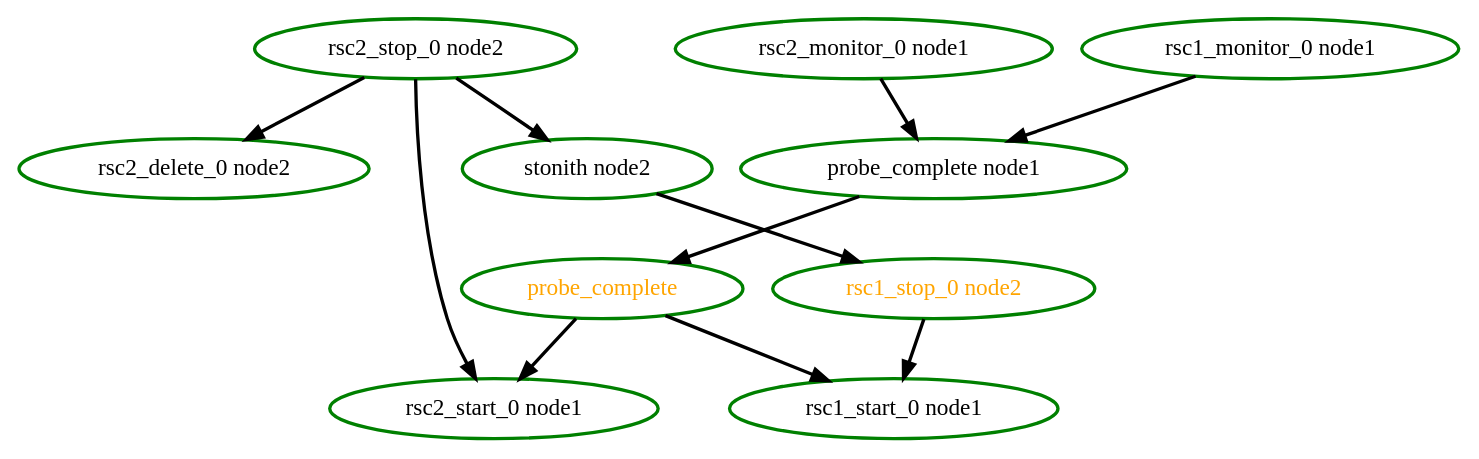
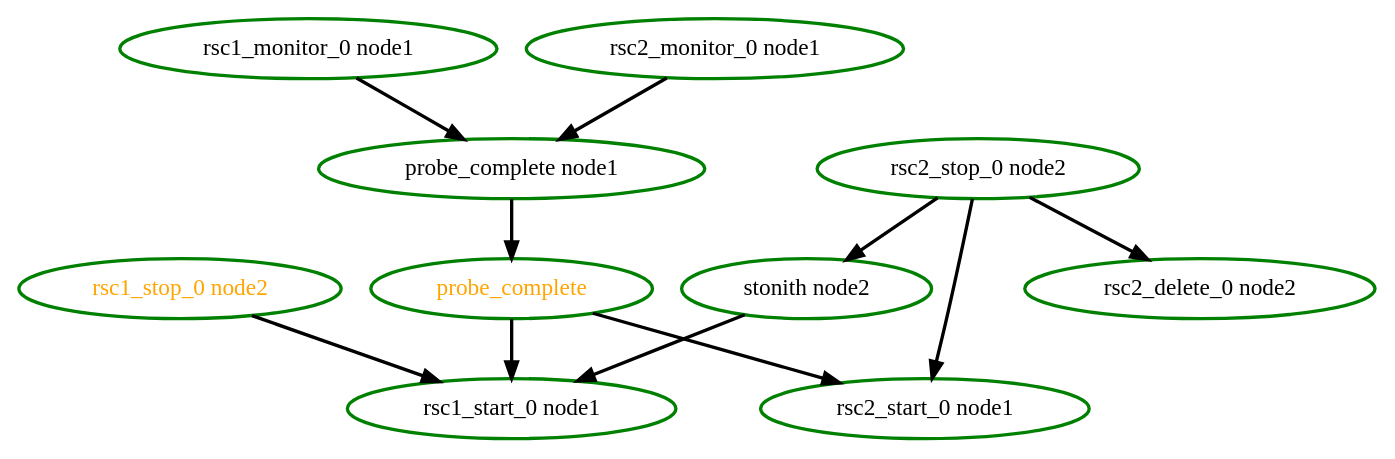
The diagram in crm/pengine/testcases/rec-rsc-5.dot (richiewen8/heartbeat), drawn with Graphviz before and after one commit. The commit also changed 20 other files, not shown here.

First line of the commit message:
Fix the ordering of stonith actions for Peter Kruse - stopping partially failed groups before the stonith was creating a loop   in the TE graph Avoid some unnecessary stop actions that made resources look active when   they weren't

```diff
--- a/crm/pengine/testcases/rec-rsc-5.dot
+++ b/crm/pengine/testcases/rec-rsc-5.dot
@@ -1,23 +1,23 @@
 digraph "g" {
 	size = "30,30"
 "rsc1_stop_0 node2" [ style=bold color="green" fontcolor="orange" ]
 "probe_complete" [ style=bold color="green" fontcolor="orange" ]
 "probe_complete node1" [ style=bold color="green" fontcolor="black" ]
 "rsc1_monitor_0 node1" [ style=bold color="green" fontcolor="black" ]
 "rsc2_monitor_0 node1" [ style=bold color="green" fontcolor="black" ]
 "rsc1_start_0 node1" [ style=bold color="green" fontcolor="black" ]
 "rsc2_stop_0 node2" [ style=bold color="green" fontcolor="black" ]
 "rsc2_start_0 node1" [ style=bold color="green" fontcolor="black" ]
 "rsc2_delete_0 node2" [ style=bold color="green" fontcolor="black" ]
 "stonith node2" [ style=bold color="green" fontcolor="black" ]
-"stonith node2" -> "rsc1_stop_0 node2" [ style = bold]
 "probe_complete node1" -> "probe_complete" [ style = bold]
 "rsc1_monitor_0 node1" -> "probe_complete node1" [ style = bold]
 "rsc2_monitor_0 node1" -> "probe_complete node1" [ style = bold]
 "rsc1_stop_0 node2" -> "rsc1_start_0 node1" [ style = bold]
 "probe_complete" -> "rsc1_start_0 node1" [ style = bold]
+"stonith node2" -> "rsc1_start_0 node1" [ style = bold]
 "probe_complete" -> "rsc2_start_0 node1" [ style = bold]
 "rsc2_stop_0 node2" -> "rsc2_start_0 node1" [ style = bold]
 "rsc2_stop_0 node2" -> "rsc2_delete_0 node2" [ style = bold]
 "rsc2_stop_0 node2" -> "stonith node2" [ style = bold]
 }
```
